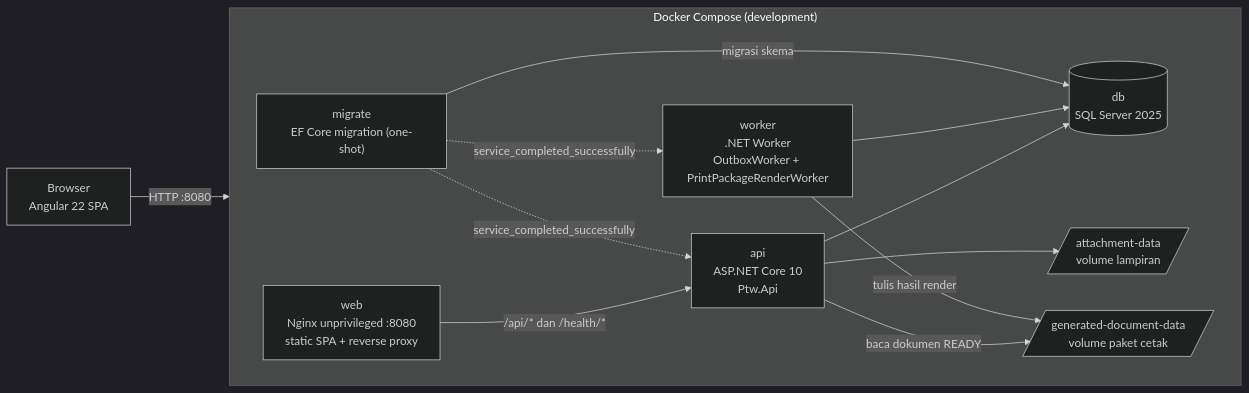
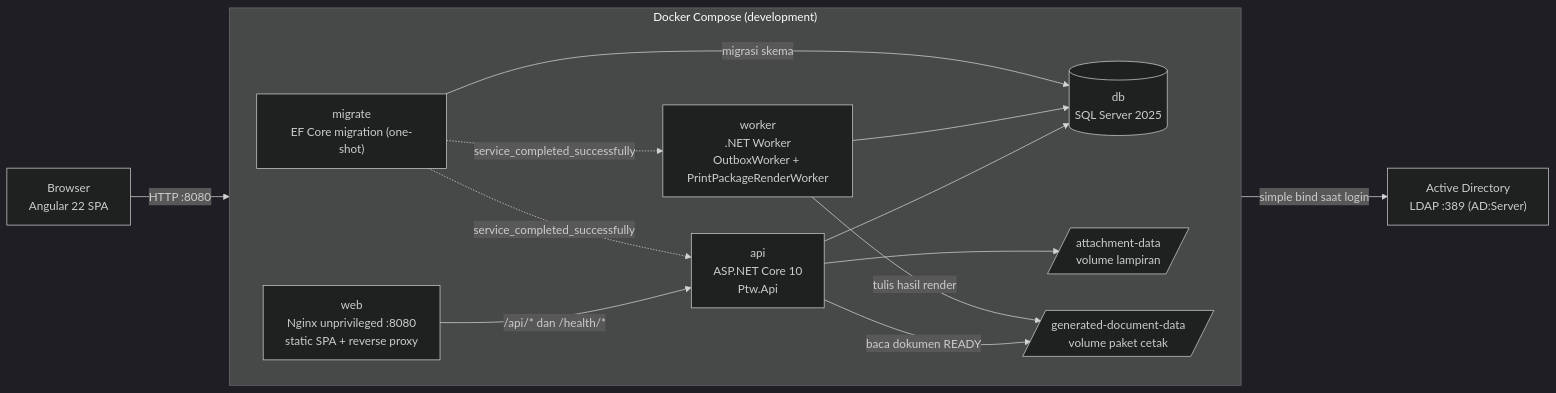
Before and after one commit to NusantaraRegas/ptw-online: the first of 5 diagrams in README.md, drawn with Mermaid (dark theme). The commit also changed other lines of this file and 27 other files, not shown here.

````diff
--- a/README.md
+++ b/README.md
@@ -86,26 +86,29 @@
 ```mermaid
 flowchart LR
   Browser["Browser<br/>Angular 22 SPA"]
 
   subgraph Compose["Docker Compose (development)"]
     direction LR
     Web["web<br/>Nginx unprivileged :8080<br/>static SPA + reverse proxy"]
     Api["api<br/>ASP.NET Core 10<br/>Ptw.Api"]
     Worker["worker<br/>.NET Worker<br/>OutboxWorker + PrintPackageRenderWorker"]
     Migrate["migrate<br/>EF Core migration (one-shot)"]
     Db[("db<br/>SQL Server 2025")]
     Att[/"attachment-data<br/>volume lampiran"/]
     Gen[/"generated-document-data<br/>volume paket cetak"/]
   end
 
+  AD["Active Directory<br/>LDAP :389 (AD:Server)"]
+
   Browser -->|"HTTP :8080"| Web
   Web -->|"/api/* dan /health/*"| Api
+  Api -->|"simple bind saat login"| AD
   Api --> Db
   Api --> Att
   Api -->|"baca dokumen READY"| Gen
   Worker --> Db
   Worker -->|"tulis hasil render"| Gen
   Migrate -->|"migrasi skema"| Db
   Migrate -. "service_completed_successfully" .-> Api
   Migrate -. "service_completed_successfully" .-> Worker
 ```
````
